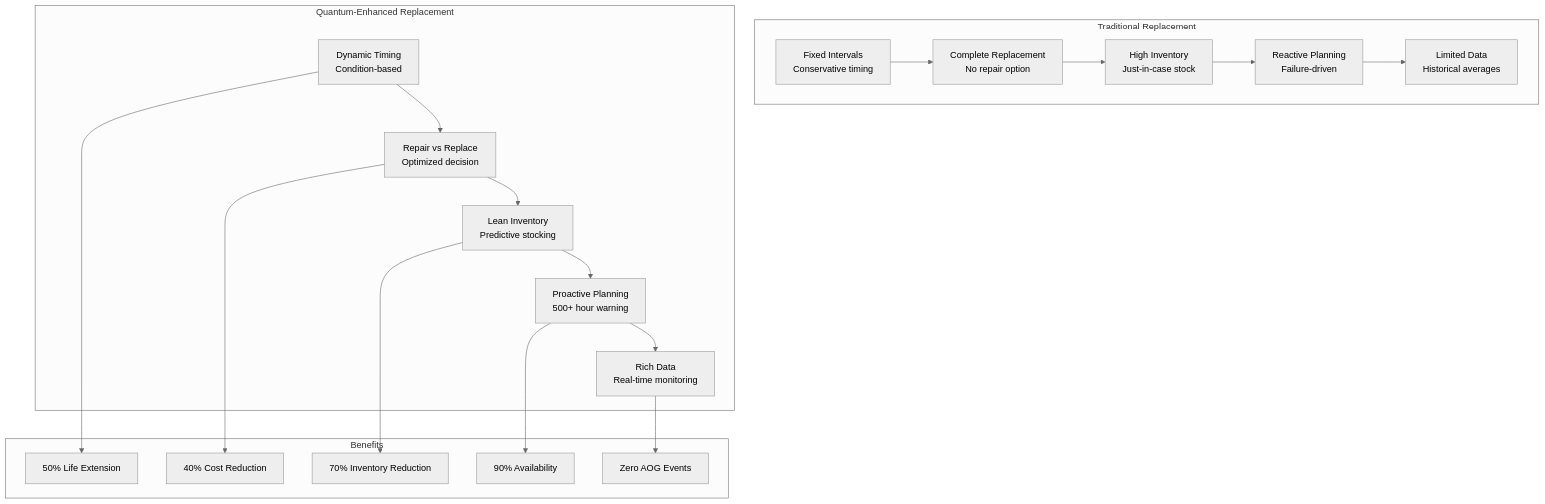
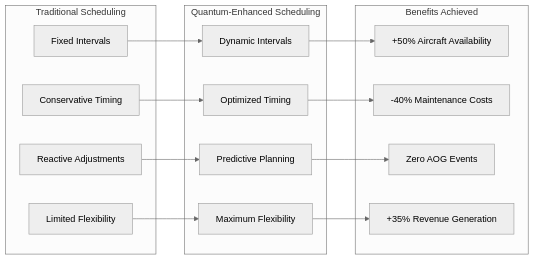
The first of 7 diagrams in Q-AIR/fleet/AMPEL360/BWBQ100/docs/ATA-chapters/ATA-05-TimeLimits/ 05-10-00-00-TimeLimits/05-10-10-00-LifeLimits/05-10-20-00-ServiceLife/ schedules/05-10-20-01-01-OverhaulSchedule.md (Robbbo-T/GAIA-QAO-ADVENT), drawn with Mermaid (neutral theme) before and after one commit. The commit also changed other lines of this file, not shown here.

````diff
--- a/Q-AIR/fleet/AMPEL360/BWBQ100/docs/ATA-chapters/ATA-05-TimeLimits/ 05-10-00-00-TimeLimits/05-10-10-00-LifeLimits/05-10-20-00-ServiceLife/ schedules/05-10-20-01-01-OverhaulSchedule.md
+++ b/Q-AIR/fleet/AMPEL360/BWBQ100/docs/ATA-chapters/ATA-05-TimeLimits/ 05-10-00-00-TimeLimits/05-10-10-00-LifeLimits/05-10-20-00-ServiceLife/ schedules/05-10-20-01-01-OverhaulSchedule.md
@@ -49,36 +60,28 @@
 ```mermaid
-graph TD
-    subgraph "Traditional Replacement"
-        T1[Fixed Intervals<br/>Conservative timing]
-        T2[Complete Replacement<br/>No repair option]
-        T3[High Inventory<br/>Just-in-case stock]
-        T4[Reactive Planning<br/>Failure-driven]
-        T5[Limited Data<br/>Historical averages]
-        
-        T1 --> T2 --> T3 --> T4 --> T5
+graph LR
+    subgraph "Traditional Scheduling"
+        TS1[Fixed Intervals]
+        TS2[Conservative Timing]
+        TS3[Reactive Adjustments]
+        TS4[Limited Flexibility]
     end
     
-    subgraph "Quantum-Enhanced Replacement"
-        Q1[Dynamic Timing<br/>Condition-based]
-        Q2[Repair vs Replace<br/>Optimized decision]
-        Q3[Lean Inventory<br/>Predictive stocking]
-        Q4[Proactive Planning<br/>500+ hour warning]
-        Q5[Rich Data<br/>Real-time monitoring]
-        
-        Q1 --> Q2 --> Q3 --> Q4 --> Q5
+    subgraph "Quantum-Enhanced Scheduling"
+        QS1[Dynamic Intervals]
+        QS2[Optimized Timing]
+        QS3[Predictive Planning]
+        QS4[Maximum Flexibility]
     end
     
-    subgraph "Benefits"
-        B1[50% Life Extension]
-        B2[40% Cost Reduction]
-        B3[70% Inventory Reduction]
-        B4[90% Availability]
-        B5[Zero AOG Events]
+    subgraph "Benefits Achieved"
+        BA1[+50% Aircraft Availability]
+        BA2[-40% Maintenance Costs]
+        BA3[Zero AOG Events]
+        BA4[+35% Revenue Generation]
     end
     
-    Q1 --> B1
-    Q2 --> B2
-    Q3 --> B3
-    Q4 --> B4
-    Q5 --> B5
+    TS1 --> QS1 --> BA1
+    TS2 --> QS2 --> BA2
+    TS3 --> QS3 --> BA3
+    TS4 --> QS4 --> BA4
 ```
````
